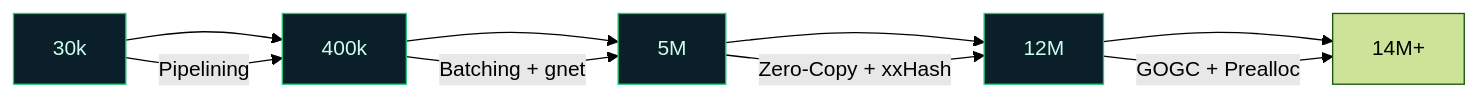
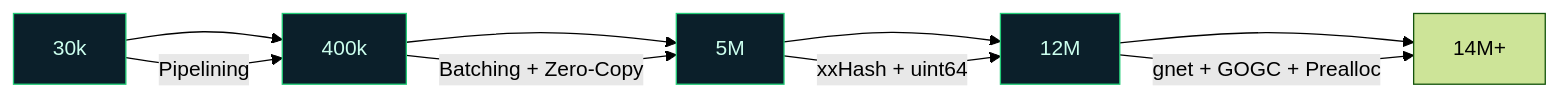
One commit to VoolFI71/go-kv-store changed the second of 2 diagrams in README.md. Above: the diagram before and after it, drawn with Mermaid (forest theme). The commit also changed other lines of this file, not shown here.

````diff
--- a/README.md
+++ b/README.md
@@ -52,12 +52,12 @@
 ```mermaid
 flowchart LR
     A[30k] --> B[400k]
     B --> C[5M]
     C --> D[12M]
     D --> E[14M+]
     A:::stage -->|Pipelining| B
-    B:::stage -->|Batching + gnet| C
-    C:::stage -->|Zero-Copy + xxHash| D
-    D:::stage -->|GOGC + Prealloc| E
+    B:::stage -->|Batching + Zero-Copy| C
+    C:::stage -->|xxHash + uint64| D
+    D:::stage -->|gnet + GOGC + Prealloc| E
     classDef stage fill:#0b1f2a,stroke:#2c7,stroke-width:1px,color:#cfe;
 ```
````
